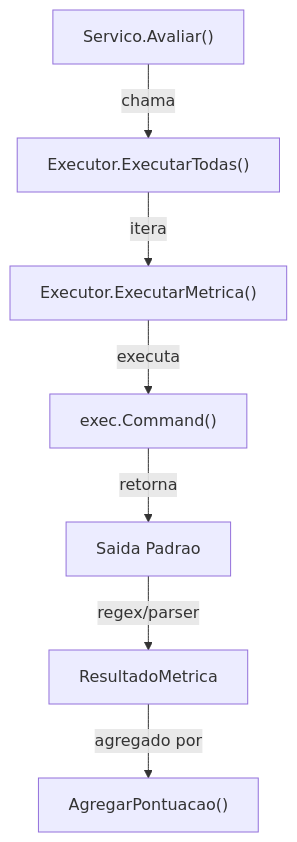
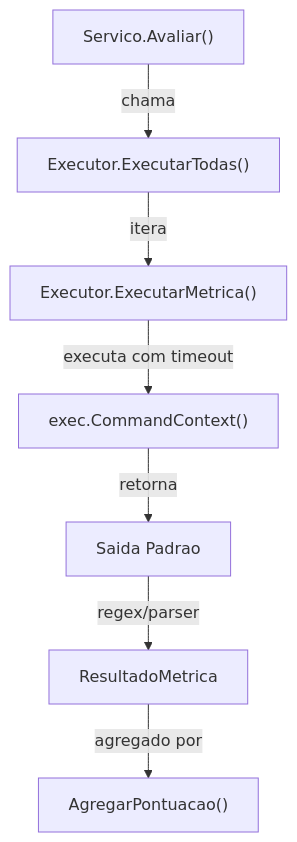
One commit to marcelomamorim/wit-llm changed the first of 2 diagrams in docs/cataloging/metrics.md. Above: the diagram before and after it, drawn with Mermaid. The commit also changed other lines of this file and 140 other files, not shown here.

````diff
--- a/docs/cataloging/metrics.md
+++ b/docs/cataloging/metrics.md
@@ -7,9 +7,9 @@
 ```mermaid
 graph TD
     A["Servico.Avaliar()"] -- "chama" --> B["Executor.ExecutarTodas()"]
     B -- "itera" --> C["Executor.ExecutarMetrica()"]
-    C -- "executa" --> D["exec.Command()"]
+    C -- "executa com timeout" --> D["exec.CommandContext()"]
     D -- "retorna" --> E["Saida Padrao"]
     E -- "regex/parser" --> F["ResultadoMetrica"]
     F -- "agregado por" --> G["AgregarPontuacao()"]
 ```
````
